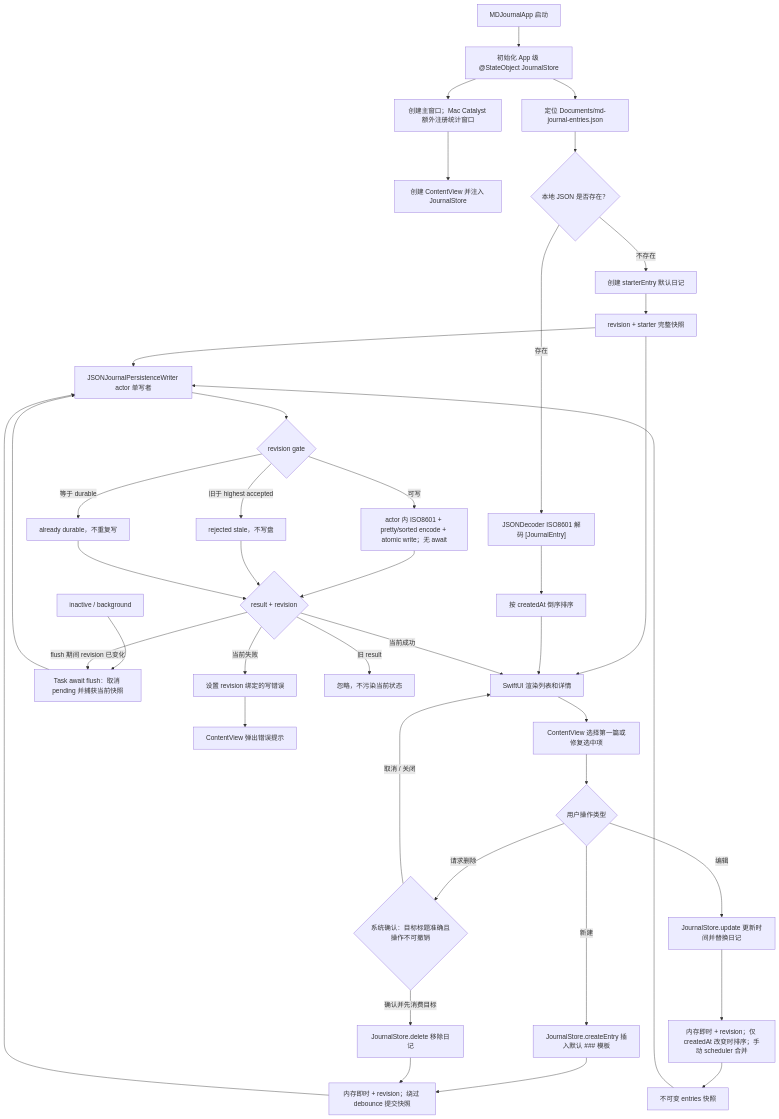
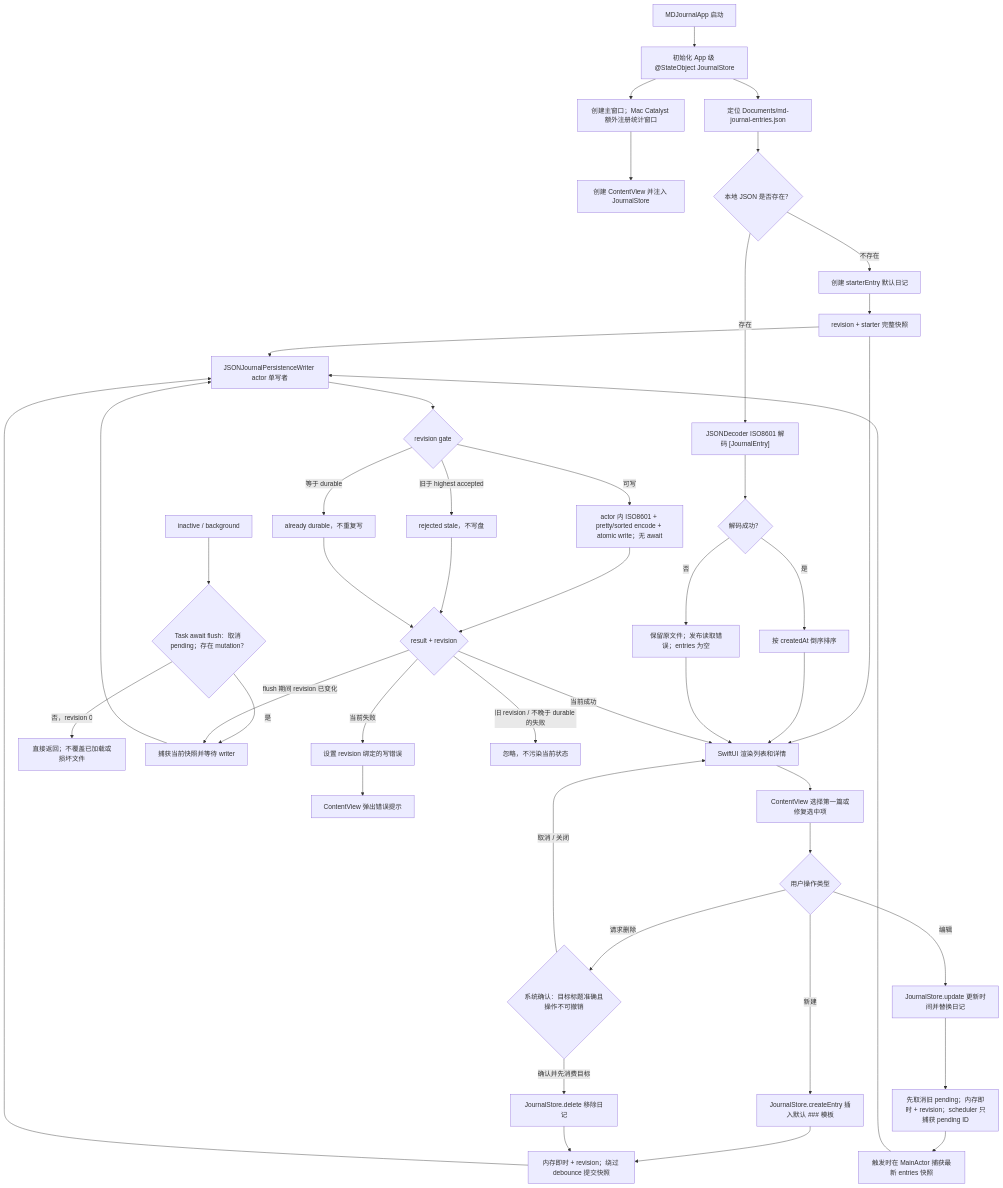
One commit to Altman-sam114/117 changed the second of 6 diagrams in md/flow/flowchart.md. Above: the diagram before and after it, drawn with Mermaid. The commit also changed 6 other files, not shown here.

````diff
--- a/md/flow/flowchart.md
+++ b/md/flow/flowchart.md
@@ -84,42 +84,47 @@
 ```mermaid
 flowchart TD
   App["MDJournalApp 启动"] --> InitStore["初始化 App 级 @StateObject JournalStore"]
   InitStore --> Scenes["创建主窗口；Mac Catalyst 额外注册统计窗口"]
   Scenes --> Content["创建 ContentView 并注入 JournalStore"]
   InitStore --> Locate["定位 Documents/md-journal-entries.json"]
   Locate --> Exists{"本地 JSON 是否存在？"}
   Exists -- "不存在" --> Starter["创建 starterEntry 默认日记"]
   Starter --> StarterSnapshot["revision + starter 完整快照"]
   Exists -- "存在" --> Decode["JSONDecoder ISO8601 解码 [JournalEntry]"]
-  Decode --> SortA["按 createdAt 倒序排序"]
+  Decode --> DecodeResult{"解码成功？"}
+  DecodeResult -- "是" --> SortA["按 createdAt 倒序排序"]
+  DecodeResult -- "否" --> ReadError["保留原文件；发布读取错误；entries 为空"]
   StarterSnapshot --> Writer
   StarterSnapshot --> Render["SwiftUI 渲染列表和详情"]
   SortA --> Render
+  ReadError --> Render
   Render --> Select["ContentView 选择第一篇或修复选中项"]
   Select --> Edit{"用户操作类型"}
   Edit -- "新建" --> Create["JournalStore.createEntry 插入默认 ### 模板"]
   Edit -- "编辑" --> Update["JournalStore.update 更新时间并替换日记"]
   Edit -- "请求删除" --> ConfirmDelete{"系统确认：目标标题准确且操作不可撤销"}
   ConfirmDelete -- "取消 / 关闭" --> Render
   ConfirmDelete -- "确认并先消费目标" --> Delete["JournalStore.delete 移除日记"]
   Create --> ImmediateSnapshot["内存即时 + revision；绕过 debounce 提交快照"]
   Delete --> ImmediateSnapshot
-  Update --> DebouncedSave["内存即时 + revision；仅 createdAt 改变时排序；手动 scheduler 合并"]
-  DebouncedSave --> Snapshot["不可变 entries 快照"]
+  Update --> DebouncedSave["先取消旧 pending；内存即时 + revision；scheduler 只捕获 pending ID"]
+  DebouncedSave --> Snapshot["触发时在 MainActor 捕获最新 entries 快照"]
   ImmediateSnapshot --> Writer["JSONJournalPersistenceWriter actor 单写者"]
   Snapshot --> Writer
-  Phase["inactive / background"] --> Flush["Task await flush：取消 pending 并捕获当前快照"]
+  Phase["inactive / background"] --> FlushCheck{"Task await flush：取消 pending；存在 mutation？"}
+  FlushCheck -- "否，revision 0" --> NoWrite["直接返回；不覆盖已加载或损坏文件"]
+  FlushCheck -- "是" --> Flush["捕获当前快照并等待 writer"]
   Flush --> Writer
   Writer --> Gate{"revision gate"}
   Gate -- "旧于 highest accepted" --> Stale["rejected stale，不写盘"]
   Gate -- "等于 durable" --> Durable["already durable，不重复写"]
   Gate -- "可写" --> Atomic["actor 内 ISO8601 + pretty/sorted encode + atomic write；无 await"]
   Atomic --> Result{"result + revision"}
   Stale --> Result
   Durable --> Result
   Result -- "flush 期间 revision 已变化" --> Flush
   Result -- "当前成功" --> Render
   Result -- "当前失败" --> SaveError["设置 revision 绑定的写错误"]
-  Result -- "旧 result" --> Ignore["忽略，不污染当前状态"]
+  Result -- "旧 revision / 不晚于 durable 的失败" --> Ignore["忽略，不污染当前状态"]
   SaveError --> Alert["ContentView 弹出错误提示"]
 ```
````
